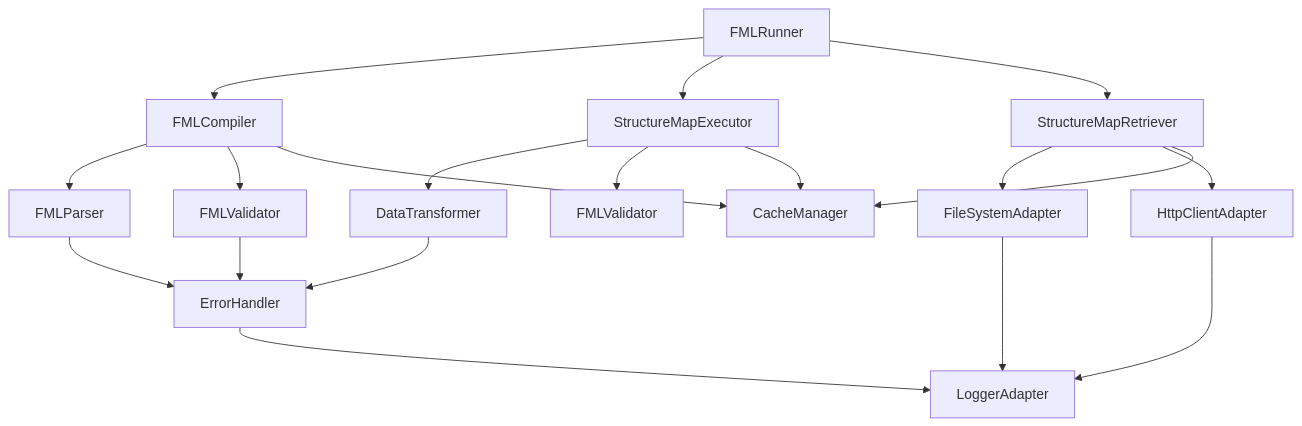
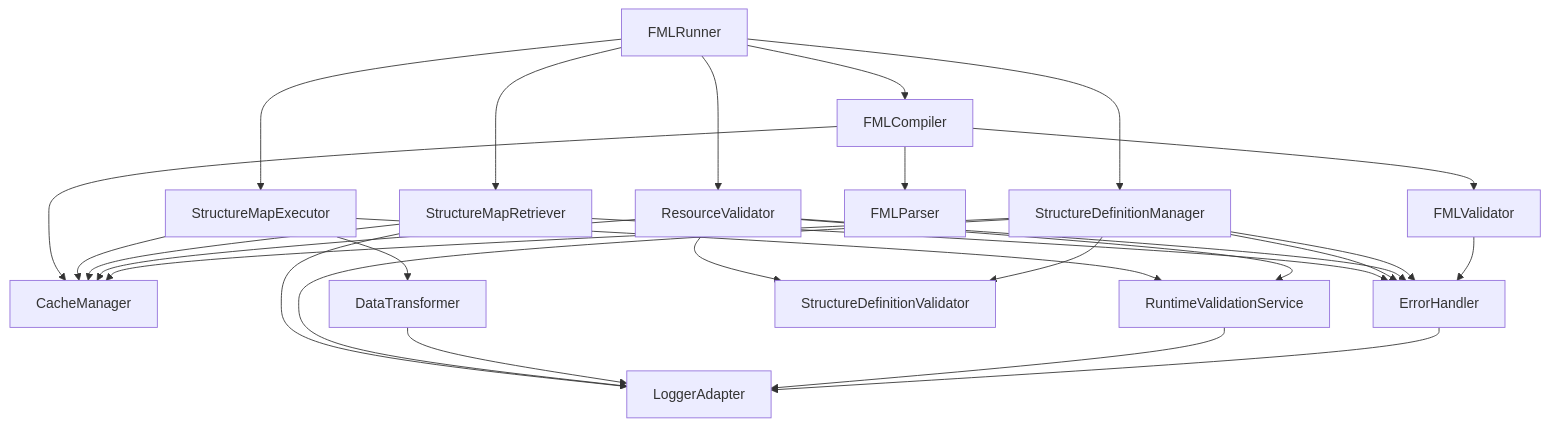
One commit to litlfred/fmlrunner changed the first of 7 diagrams in docs/ARCHITECTURE_REQUIREMENTS.md. Above: the diagram before and after it, drawn with Mermaid. The commit also changed other lines of this file, not shown here.

Commit message:
Complete architecture requirements for logical model support and validation framework

````diff
--- a/docs/ARCHITECTURE_REQUIREMENTS.md
+++ b/docs/ARCHITECTURE_REQUIREMENTS.md
@@ -101,26 +106,37 @@
 ```mermaid
 graph TD
     A[FMLRunner] --> B[FMLCompiler]
     A --> C[StructureMapExecutor]
     A --> D[StructureMapRetriever]
+    A --> E[ResourceValidator]
+    A --> F[StructureDefinitionManager]
     
-    B --> E[FMLParser]
-    B --> F[FMLValidator]
-    B --> G[CacheManager]
+    B --> G[FMLParser]
+    B --> H[FMLValidator]
+    B --> I[CacheManager]
     
-    C --> H[DataTransformer]
-    C --> I[FMLValidator]
-    C --> G
+    C --> J[DataTransformer]
+    C --> K[RuntimeValidationService]
+    C --> I
     
-    D --> J[FileSystemAdapter]
-    D --> K[HttpClientAdapter]
-    D --> G
+    D --> L[FileSystemAdapter]
+    D --> M[HttpClientAdapter]
+    D --> I
+    
+    E --> K
+    E --> N[StructureDefinitionValidator]
+    E --> I
+    
+    F --> N
+    F --> L
+    F --> M
+    F --> I
     
     E --> L[ErrorHandler]
     F --> L
     H --> L
     
     J --> M[LoggerAdapter]
     K --> M
     L --> M
 ```
````
